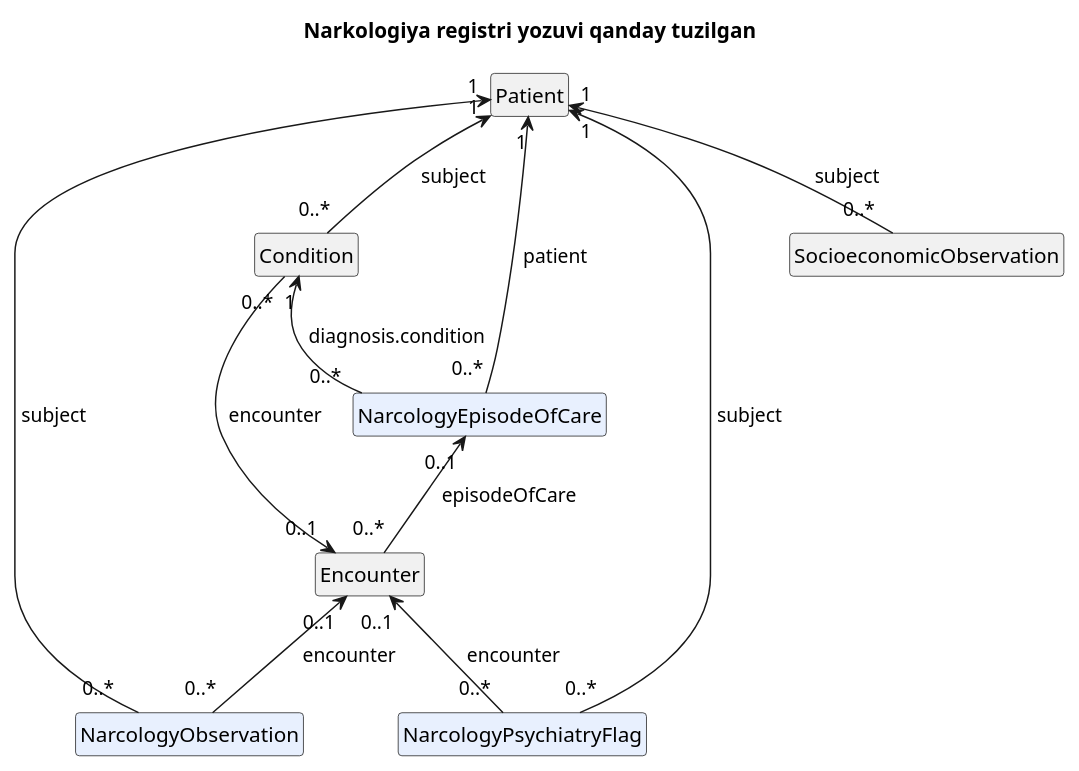
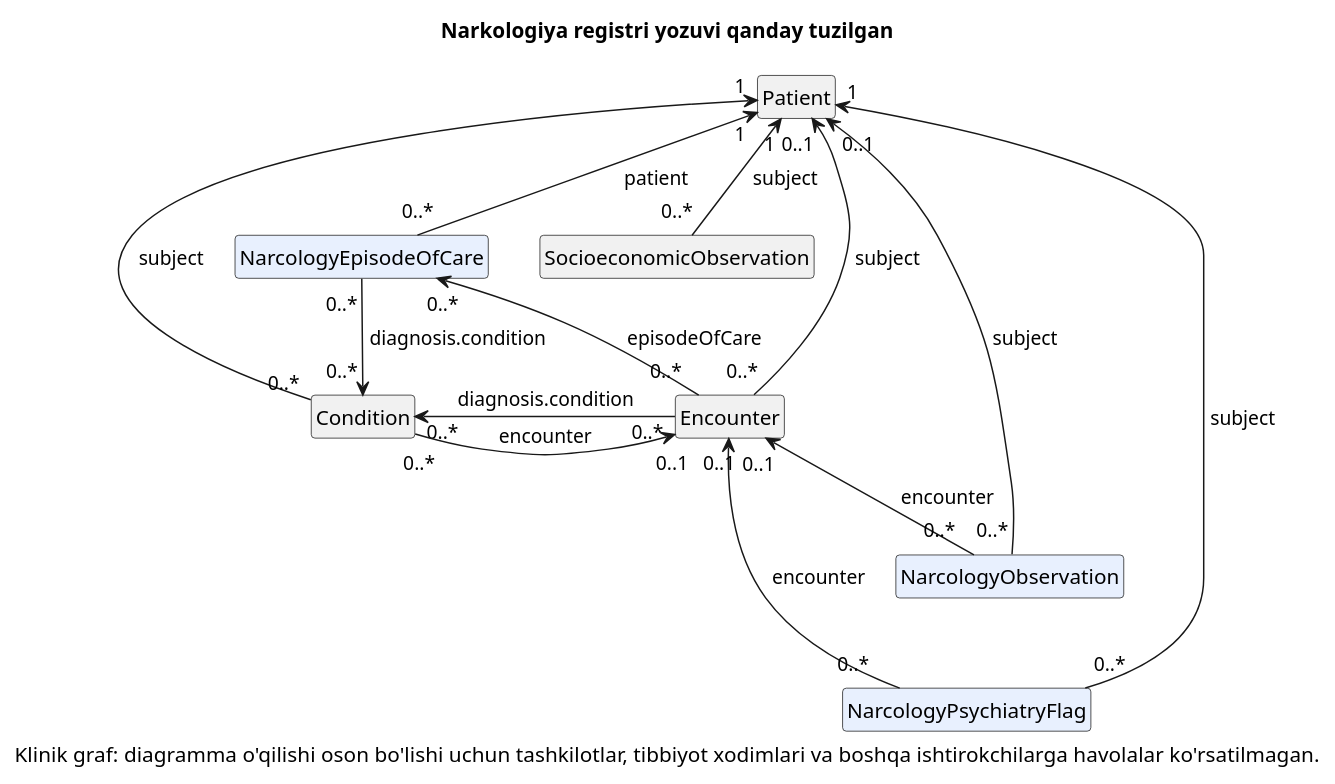
One commit to icmrnbw/digital-health-integration changed the diagram in input/images-source/narcology-model-uz.plantuml. Above: the diagram before and after it, drawn with PlantUML. The commit also changed 29 other files, not shown here.

First line of the commit message:
Integration diagrams: all profiles, clinical graph (#104)

```diff
--- a/input/images-source/narcology-model-uz.plantuml
+++ b/input/images-source/narcology-model-uz.plantuml
@@ -1,25 +1,29 @@
 @startuml narcology-model-uz
 hide circle
 hide empty members
 title Narkologiya registri yozuvi qanday tuzilgan
 
 class Patient [[https://dhp.uz/fhir/core/StructureDefinition-uz-core-patient.html{UZ Core Patient profilini ochish}]]
 class Encounter [[https://dhp.uz/fhir/core/StructureDefinition-uz-core-encounter.html{UZ Core Encounter profilini ochish}]]
 class Condition [[https://dhp.uz/fhir/core/StructureDefinition-uz-core-condition.html{UZ Core Condition profilini ochish}]]
 class SocioeconomicObservation [[https://dhp.uz/fhir/core/StructureDefinition-uz-core-socioeconomic-observation.html{UZ Core Socioeconomic Observation profilini ochish}]]
 class NarcologyEpisodeOfCare [[StructureDefinition-narcology-episode-of-care.html{NarcologyEpisodeOfCare profilini ochish}]] #E8F0FE
 class NarcologyObservation [[StructureDefinition-narcology-observation.html{NarcologyObservation profilini ochish}]] #E8F0FE
 class NarcologyPsychiatryFlag [[StructureDefinition-narcology-psychiatry-flag.html{NarcologyPsychiatryFlag profilini ochish}]] #E8F0FE
 
 Patient "1" <-- "0..*" NarcologyEpisodeOfCare : « patient »
+Patient "1" <-- "0..*" SocioeconomicObservation : « subject »
+NarcologyEpisodeOfCare "0..*" --> "0..*" Condition : « diagnosis.condition »
+NarcologyEpisodeOfCare "0..*" <-- "0..*" Encounter : « episodeOfCare »
+Patient "0..1" <-- "0..*" Encounter : « subject »
 Patient "1" <-- "0..*" Condition : « subject »
-Patient "1" <-- "0..*" SocioeconomicObservation : « subject »
-Patient "1" <-- "0..*" NarcologyObservation : « subject »
+Condition "0..*" <-right- "0..*" Encounter : «  diagnosis.condition  »
+Condition "0..*" -right-> "0..1" Encounter : «   encounter   »
+Encounter "0..1" <--- "0..*" NarcologyPsychiatryFlag : « encounter »
+Encounter "0..1" <-- "0..*" NarcologyObservation : « encounter »
 Patient "1" <-- "0..*" NarcologyPsychiatryFlag : « subject »
-NarcologyEpisodeOfCare "0..1" <-- "0..*" Encounter : « episodeOfCare »
-Condition "1" <-- "0..*" NarcologyEpisodeOfCare : « diagnosis.condition »
-Encounter "0..1" <-- "0..*" Condition : « encounter »
-Encounter "0..1" <-- "0..*" NarcologyObservation : « encounter »
-Encounter "0..1" <-- "0..*" NarcologyPsychiatryFlag : « encounter »
+Patient "0..1" <-- "0..*" NarcologyObservation : « subject »
+
+caption Klinik graf: diagramma o'qilishi oson bo'lishi uchun tashkilotlar, tibbiyot xodimlari va boshqa ishtirokchilarga havolalar ko'rsatilmagan.
 
 @enduml
```
